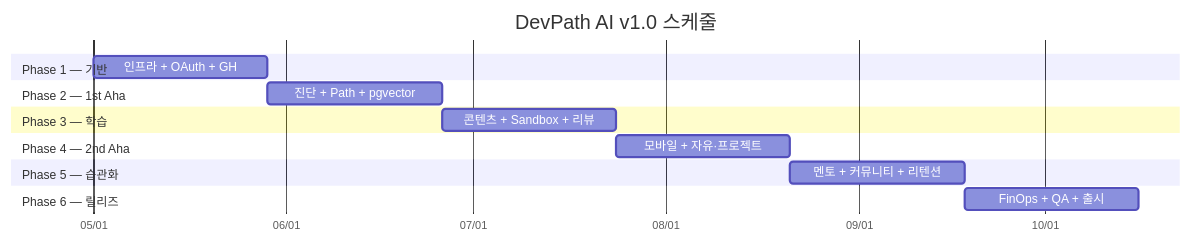
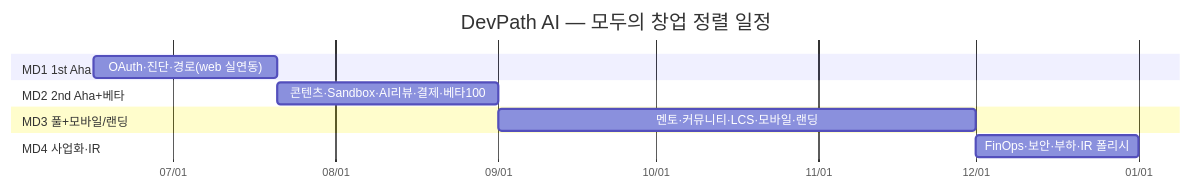
Before and after one commit to DevPathAi/documents: the diagram in 17_스케줄.md, drawn with Mermaid. The commit also changed other lines of this file, not shown here.

First line of the commit message:
docs: 17_스케줄 전면 재작성 — 모두의 창업 정렬 + 8주 MVP 데모 우선

````diff
--- a/17_스케줄.md
+++ b/17_스케줄.md
@@ -224,24 +54,18 @@
 ```mermaid
 gantt
-    title DevPath AI v1.0 스케줄
+    title DevPath AI — 모두의 창업 정렬 일정
     dateFormat  YYYY-MM-DD
     axisFormat  %m/%d
 
-    section Phase 1 — 기반
-    인프라 + OAuth + GH      :a1, 2026-05-01, 28d
+    section MD1 1st Aha
+    OAuth·진단·경로(web 실연동)   :md1, 2026-06-16, 35d
 
-    section Phase 2 — 1st Aha
-    진단 + Path + pgvector   :a2, after a1, 28d
+    section MD2 2nd Aha+베타
+    콘텐츠·Sandbox·AI리뷰·결제·베타100  :md2, after md1, 42d
 
-    section Phase 3 — 학습
-    콘텐츠 + Sandbox + 리뷰  :a3, after a2, 28d
+    section MD3 풀+모바일/랜딩
+    멘토·커뮤니티·LCS·모바일·랜딩   :md3, after md2, 91d
 
-    section Phase 4 — 2nd Aha
-    모바일 + 자유·프로젝트   :a4, after a3, 28d
-
-    section Phase 5 — 습관화
-    멘토 + 커뮤니티 + 리텐션 :a5, after a4, 28d
-
-    section Phase 6 — 릴리즈
-    FinOps + QA + 출시       :a6, after a5, 28d
+    section MD4 사업화·IR
+    FinOps·보안·부하·IR 폴리시       :md4, after md3, 31d
 ```
````
